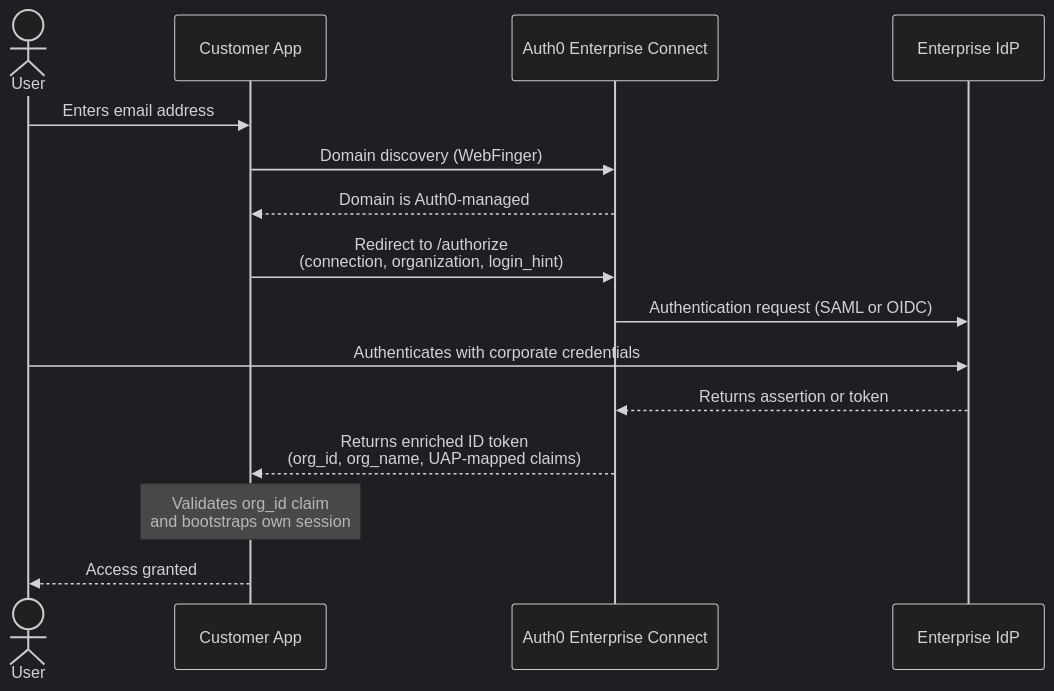
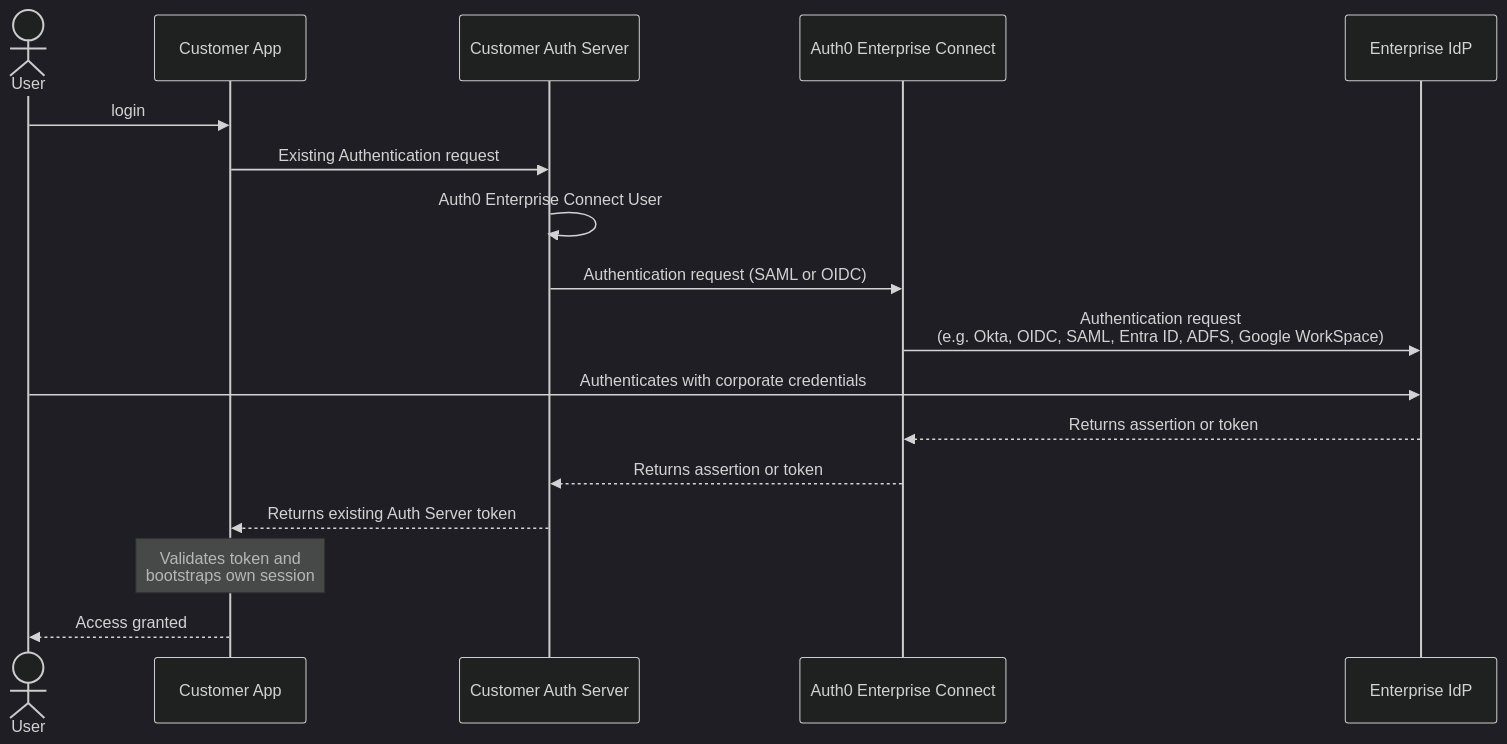
Before and after one commit to auth0/docs-v2: the diagram in main/docs/get-started/enterprise-connect.mdx, drawn with Mermaid (dark theme). The commit also changed other lines of this file, not shown here.

Commit message:
Updated diagram

````diff
--- a/main/docs/get-started/enterprise-connect.mdx
+++ b/main/docs/get-started/enterprise-connect.mdx
@@ -18,18 +18,20 @@
 ```mermaid
 sequenceDiagram
     actor User
     participant App as Customer App
+    participant CustAuthServer as Customer Auth Server
     participant Auth0 as Auth0 Enterprise Connect
     participant IdP as Enterprise IdP
 
-    User->>App: Enters email address
-    App->>Auth0: Domain discovery (WebFinger)
-    Auth0-->>App: Domain is Auth0-managed
-    App->>Auth0: Redirect to /authorize<br/>(connection, organization, login_hint)
-    Auth0->>IdP: Authentication request (SAML or OIDC)
+    User->>App: login
+    App->>CustAuthServer: Existing Authentication request
+    CustAuthServer->>CustAuthServer: Auth0 Enterprise Connect User
+    CustAuthServer->>Auth0: Authentication request (SAML or OIDC)
+    Auth0->>IdP: Authentication request <br/> (e.g. Okta, OIDC, SAML, Entra ID, ADFS, Google WorkSpace)
     User->>IdP: Authenticates with corporate credentials
     IdP-->>Auth0: Returns assertion or token
-    Auth0-->>App: Returns enriched ID token<br/>(org_id, org_name, UAP-mapped claims)
-    Note over App: Validates org_id claim<br/>and bootstraps own session
+    Auth0-->>CustAuthServer: Returns assertion or token
+    CustAuthServer-->>App: Returns existing Auth Server token
+    Note over App: Validates token and <br/>bootstraps own session
     App-->>User: Access granted
 ```
````
